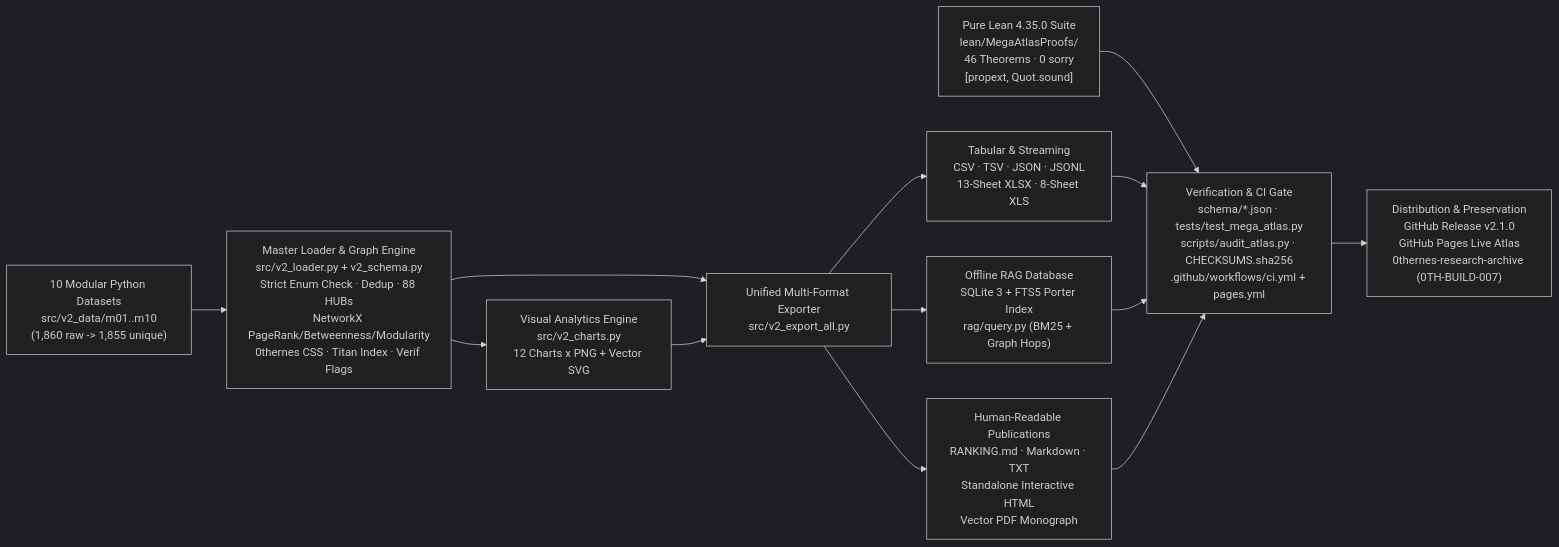
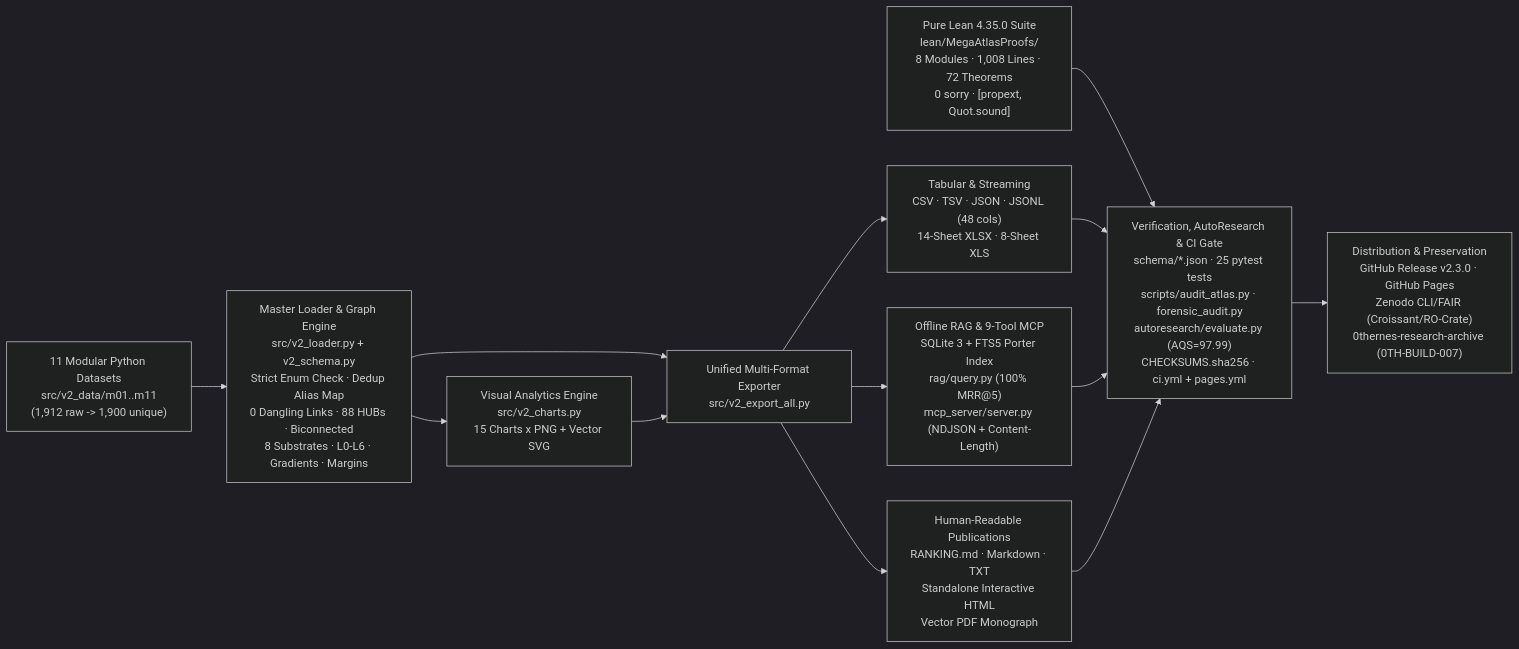
The diagram in ARCHITECTURE.md (0thernes/unsolved-problems-mega-atlas), drawn with Mermaid (dark theme) before and after one commit. The commit also changed other lines of this file and 90 other files, not shown here.

Commit message:
feat(v2.3.0): forensic multi-layer audit, 1,900 biconnected atlas, 100% MRR@5 RAG, 9-tool dual-framed MCP, 72 Lean 4.35.0 thms & Options 1/2/3

````diff
--- a/ARCHITECTURE.md
+++ b/ARCHITECTURE.md
@@ -3,15 +3,15 @@
 ```mermaid
 flowchart LR
-    A["10 Modular Python Datasets\nsrc/v2_data/m01..m10\n(1,860 raw -> 1,855 unique)"] --> B["Master Loader & Graph Engine\nsrc/v2_loader.py + v2_schema.py\nStrict Enum Check · Dedup · 88 HUBs\nNetworkX PageRank/Betweenness/Modularity\n0thernes CSS · Titan Index · Verif Flags"]
-    B --> C["Visual Analytics Engine\nsrc/v2_charts.py\n12 Charts x PNG + Vector SVG"]
+    A["11 Modular Python Datasets\nsrc/v2_data/m01..m11\n(1,912 raw -> 1,900 unique)"] --> B["Master Loader & Graph Engine\nsrc/v2_loader.py + v2_schema.py\nStrict Enum Check · Dedup Alias Map\n0 Dangling Links · 88 HUBs · Biconnected\n8 Substrates · L0-L6 · Gradients · Margins"]
+    B --> C["Visual Analytics Engine\nsrc/v2_charts.py\n15 Charts x PNG + Vector SVG"]
     B --> D["Unified Multi-Format Exporter\nsrc/v2_export_all.py"]
     C --> D
-    D --> E1["Tabular & Streaming\nCSV · TSV · JSON · JSONL\n13-Sheet XLSX · 8-Sheet XLS"]
-    D --> E2["Offline RAG Database\nSQLite 3 + FTS5 Porter Index\nrag/query.py (BM25 + Graph Hops)"]
+    D --> E1["Tabular & Streaming\nCSV · TSV · JSON · JSONL (48 cols)\n14-Sheet XLSX · 8-Sheet XLS"]
+    D --> E2["Offline RAG & 9-Tool MCP\nSQLite 3 + FTS5 Porter Index\nrag/query.py (100% MRR@5)\nmcp_server/server.py (NDJSON + Content-Length)"]
     D --> E3["Human-Readable Publications\nRANKING.md · Markdown · TXT\nStandalone Interactive HTML\nVector PDF Monograph"]
-    F["Pure Lean 4.35.0 Suite\nlean/MegaAtlasProofs/\n46 Theorems · 0 sorry\n[propext, Quot.sound]"] --> G["Verification & CI Gate\nschema/*.json · tests/test_mega_atlas.py\nscripts/audit_atlas.py · CHECKSUMS.sha256\n.github/workflows/ci.yml + pages.yml"]
+    F["Pure Lean 4.35.0 Suite\nlean/MegaAtlasProofs/\n8 Modules · 1,008 Lines · 72 Theorems\n0 sorry · [propext, Quot.sound]"] --> G["Verification, AutoResearch & CI Gate\nschema/*.json · 25 pytest tests\nscripts/audit_atlas.py · forensic_audit.py\nautoresearch/evaluate.py (AQS=97.99)\nCHECKSUMS.sha256 · ci.yml + pages.yml"]
     E1 --> G
     E2 --> G
     E3 --> G
-    G --> H["Distribution & Preservation\nGitHub Release v2.1.0\nGitHub Pages Live Atlas\n0thernes-research-archive (0TH-BUILD-007)"]
+    G --> H["Distribution & Preservation\nGitHub Release v2.3.0 · GitHub Pages\nZenodo CLI/FAIR (Croissant/RO-Crate)\n0thernes-research-archive (0TH-BUILD-007)"]
 ```
````
